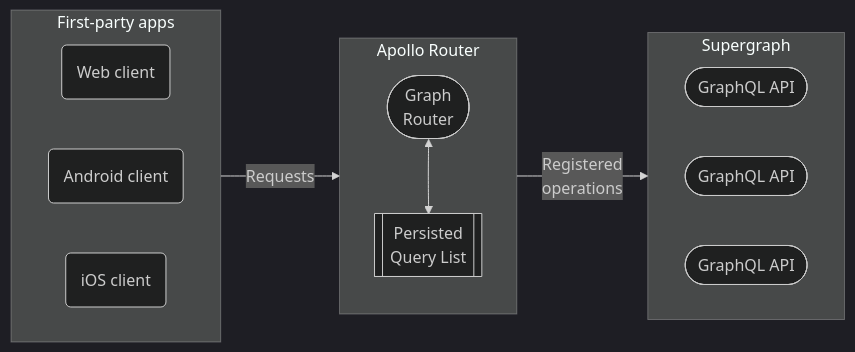
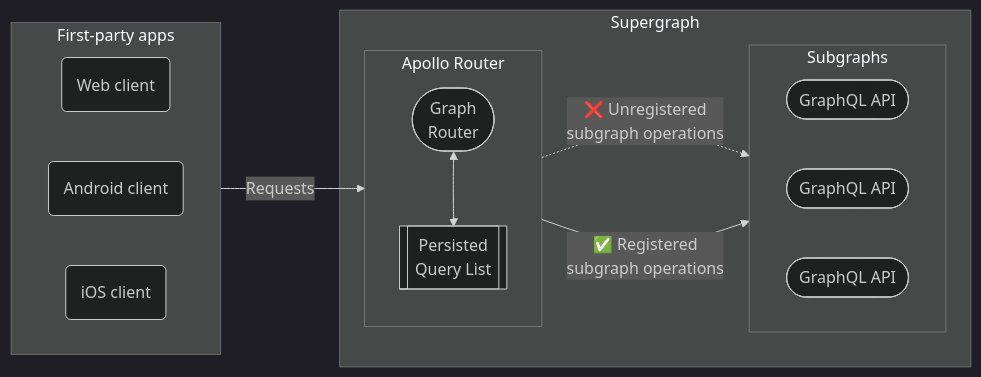
Before and after one commit to apollographql/docs: the second of 2 diagrams in src/content/shared/pq-intro.mdx, drawn with Mermaid (dark theme). The commit also changed other lines of this file, not shown here.

Commit message:
Update intro pq diagram

````diff
--- a/src/content/shared/pq-intro.mdx
+++ b/src/content/shared/pq-intro.mdx
@@ -5,22 +21,26 @@
 ```mermaid
 flowchart LR
   subgraph Apps["First-party apps"]
   direction LR
   webClient("Web client");
   androidClient("Android client");
   iosClient("iOS client");
   end
+  subgraph Supergraph["Supergraph"]
     subgraph Router["Apollo Router"]
         direction TB
         router(["Graph<br/>Router"]);
         pql[[Persisted<br/>Query List]];
         router <--> pql
     end
-  subgraph Supergraph
-  direction LR
-  api1(["GraphQL API"]);
-  api2(["GraphQL API"]);
-  api3(["GraphQL API"]);
+    subgraph Subgraphs
+      direction LR
+      api1(["GraphQL API"]);
+      api2(["GraphQL API"]);
+      api3(["GraphQL API"]);
+    end
   end
-  Apps -->|Requests| Router -->|Registered<br/> operations| Supergraph
+  Apps -->|Requests| Router
+  Router -.->|"❌ Unregistered<br/> subgraph operations"| Subgraphs
+  Router -->|"✅ Registered<br/> subgraph operations"| Subgraphs
 ```
````
